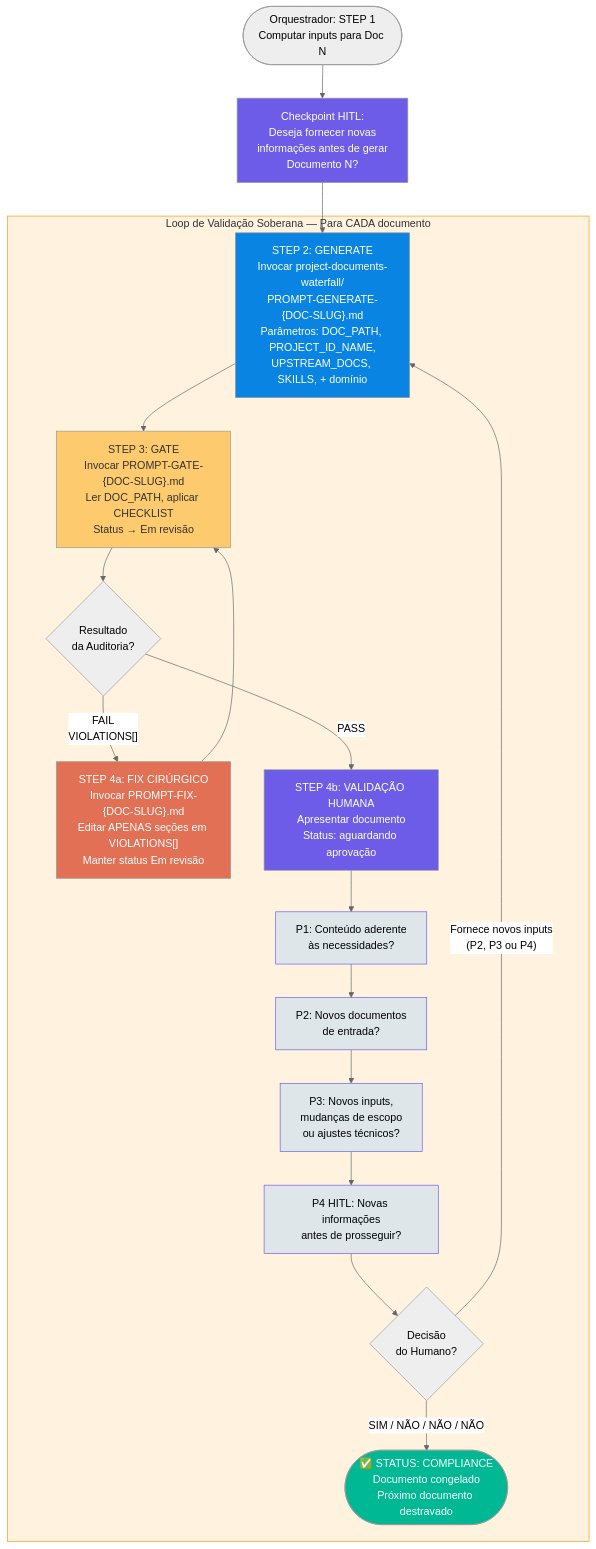
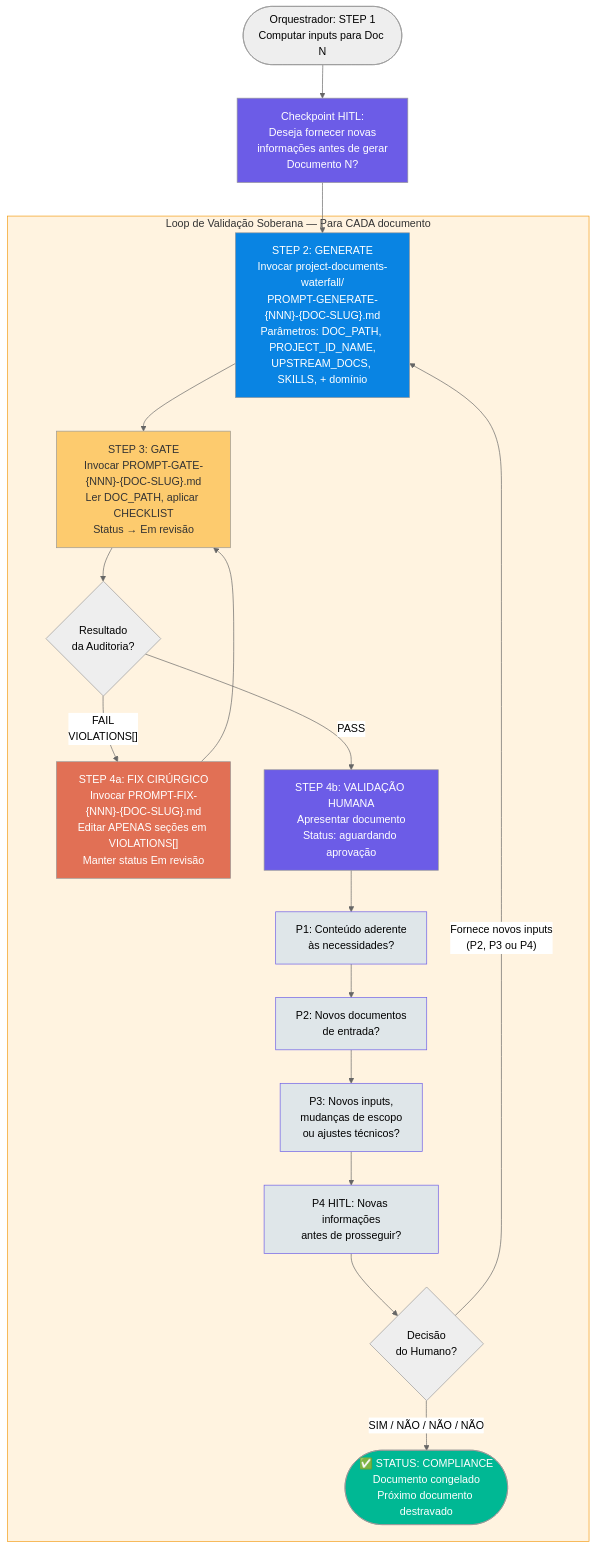
Before and after one commit to bolismar69/workspace-fbso: the sixth of 11 diagrams in .specs/prompts/project-documents-waterfall/FLOWCHART-PROMPT-ROADMAP-GENERATE-PROJECT-DOCUMENTS-WATERFALL.md, drawn with Mermaid (neutral theme). The commit also changed 79 other files, not shown here.

````diff
--- a/.specs/prompts/project-documents-waterfall/FLOWCHART-PROMPT-ROADMAP-GENERATE-PROJECT-DOCUMENTS-WATERFALL.md
+++ b/.specs/prompts/project-documents-waterfall/FLOWCHART-PROMPT-ROADMAP-GENERATE-PROJECT-DOCUMENTS-WATERFALL.md
@@ -485,40 +485,40 @@
 ```mermaid
 flowchart TD
     ORCH(["Orquestrador: STEP 1<br/>Computar inputs para Doc N"]) --> HITL
 
     HITL["Checkpoint HITL:<br/>Deseja fornecer novas<br/>informações antes de gerar<br/>Documento N?"] --> GEN
 
     subgraph LOOP["Loop de Validação Soberana — Para CADA documento"]
-        GEN["STEP 2: GENERATE<br/>Invocar project-documents-waterfall/<br/>PROMPT-GENERATE-{DOC-SLUG}.md<br/>Parâmetros: DOC_PATH, PROJECT_ID_NAME,<br/>UPSTREAM_DOCS, SKILLS, + domínio"] --> GATE
+        GEN["STEP 2: GENERATE<br/>Invocar project-documents-waterfall/<br/>PROMPT-GENERATE-{NNN}-{DOC-SLUG}.md<br/>Parâmetros: DOC_PATH, PROJECT_ID_NAME,<br/>UPSTREAM_DOCS, SKILLS, + domínio"] --> GATE
 
-        GATE["STEP 3: GATE<br/>Invocar PROMPT-GATE-{DOC-SLUG}.md<br/>Ler DOC_PATH, aplicar CHECKLIST<br/>Status → Em revisão"] --> GATE_RESULT{Resultado<br/>da Auditoria?}
+        GATE["STEP 3: GATE<br/>Invocar PROMPT-GATE-{NNN}-{DOC-SLUG}.md<br/>Ler DOC_PATH, aplicar CHECKLIST<br/>Status → Em revisão"] --> GATE_RESULT{Resultado<br/>da Auditoria?}
 
-        GATE_RESULT -->|"FAIL<br/>VIOLATIONS[]"| FIX["STEP 4a: FIX CIRÚRGICO<br/>Invocar PROMPT-FIX-{DOC-SLUG}.md<br/>Editar APENAS seções em VIOLATIONS[]<br/>Manter status Em revisão"]
+        GATE_RESULT -->|"FAIL<br/>VIOLATIONS[]"| FIX["STEP 4a: FIX CIRÚRGICO<br/>Invocar PROMPT-FIX-{NNN}-{DOC-SLUG}.md<br/>Editar APENAS seções em VIOLATIONS[]<br/>Manter status Em revisão"]
         FIX --> GATE
 
         GATE_RESULT -->|"PASS"| HUMAN
 
         HUMAN["STEP 4b: VALIDAÇÃO HUMANA<br/>Apresentar documento<br/>Status: aguardando aprovação"] --> P1["P1: Conteúdo aderente<br/>às necessidades?"]
         P1 --> P2["P2: Novos documentos<br/>de entrada?"]
         P2 --> P3["P3: Novos inputs,<br/>mudanças de escopo<br/>ou ajustes técnicos?"]
         P3 --> P4["P4 HITL: Novas informações<br/>antes de prosseguir?"]
         P4 --> HUMAN_DEC{Decisão<br/>do Humano?}
 
         HUMAN_DEC -->|"SIM / NÃO / NÃO / NÃO"| COMPLIANCE
         HUMAN_DEC -->|"Fornece novos inputs<br/>(P2, P3 ou P4)"| GEN
     end
 
     COMPLIANCE(["✅ STATUS: COMPLIANCE<br/>Documento congelado<br/>Próximo documento destravado"])
 
     style GEN fill:#0984e3,color:#fff
     style GATE fill:#fdcb6e,color:#333
     style FIX fill:#e17055,color:#fff
     style HUMAN fill:#6c5ce7,color:#fff
     style HITL fill:#6c5ce7,color:#fff
     style P1 fill:#dfe6e9,stroke:#6c5ce7,color:black
     style P2 fill:#dfe6e9,stroke:#6c5ce7,color:black
     style P3 fill:#dfe6e9,stroke:#6c5ce7,color:black
     style P4 fill:#dfe6e9,stroke:#6c5ce7,color:black
     style COMPLIANCE fill:#00b894,color:#fff
     style LOOP fill:#fff3e0,stroke:#f39c12
 ```
````
